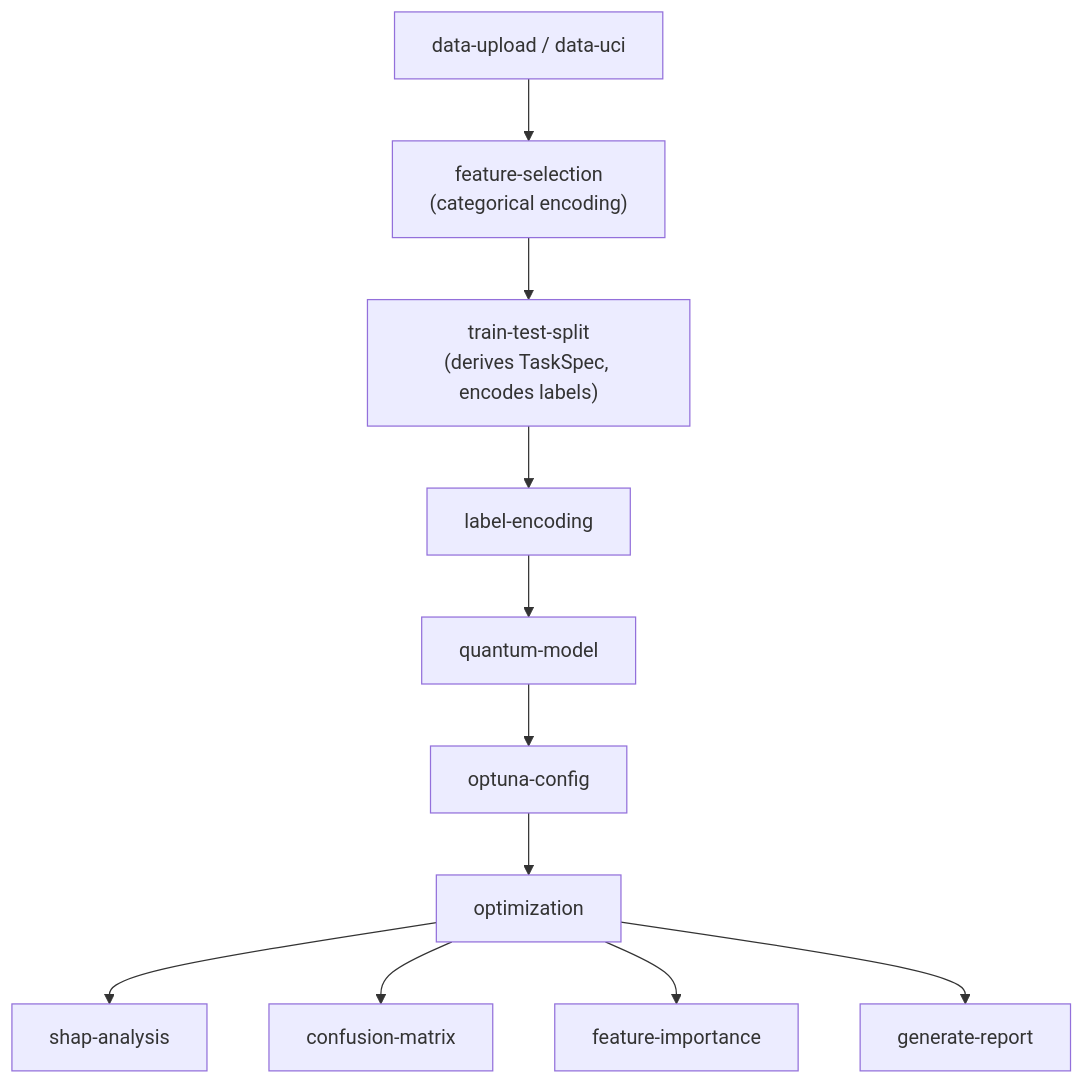
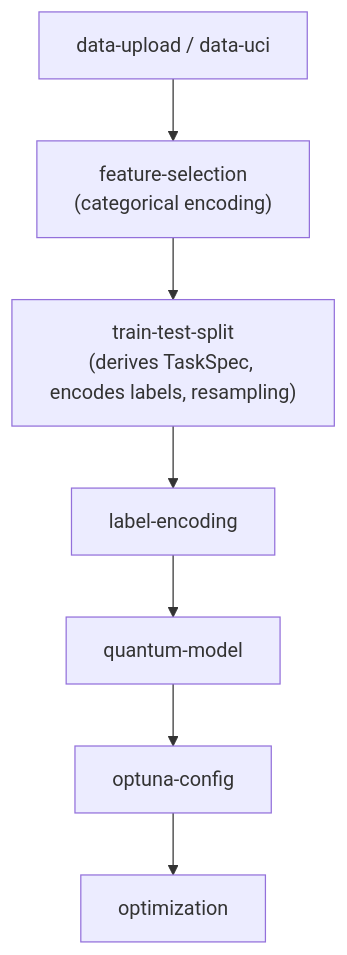
One commit to Qentora/quoptuna changed the diagram in docs-site/src/content/docs/explanation/workflow-engine.md. Above: the diagram before and after it, drawn with Mermaid. The commit also changed other lines of this file and 45 other files, not shown here.

````diff
--- a/docs-site/src/content/docs/explanation/workflow-engine.md
+++ b/docs-site/src/content/docs/explanation/workflow-engine.md
@@ -18,13 +18,9 @@
 ```mermaid
 flowchart TD
   A["data-upload / data-uci"] --> B["feature-selection<br/>(categorical encoding)"]
-  B --> C["train-test-split<br/>(derives TaskSpec, encodes labels)"]
+  B --> C["train-test-split<br/>(derives TaskSpec, encodes labels, resampling)"]
   C --> D["label-encoding"]
   D --> E["quantum-model"]
   E --> F["optuna-config"]
   F --> G["optimization"]
-  G --> H["shap-analysis"]
-  G --> I["confusion-matrix"]
-  G --> J["feature-importance"]
-  G --> K["generate-report"]
 ```
````
